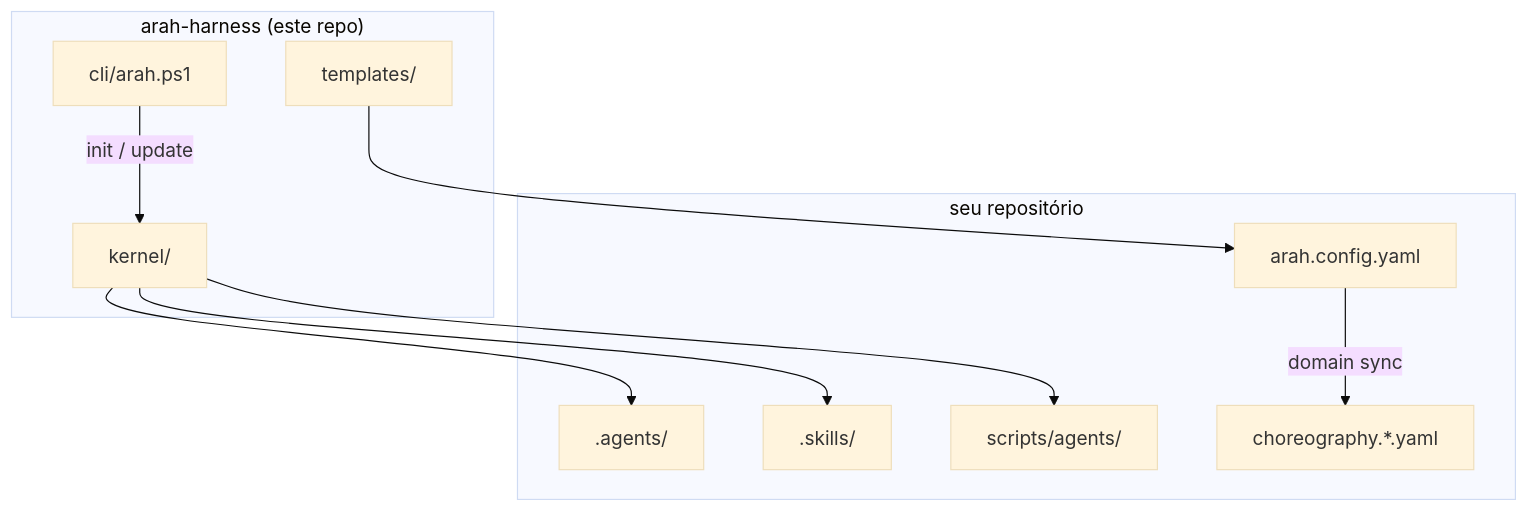
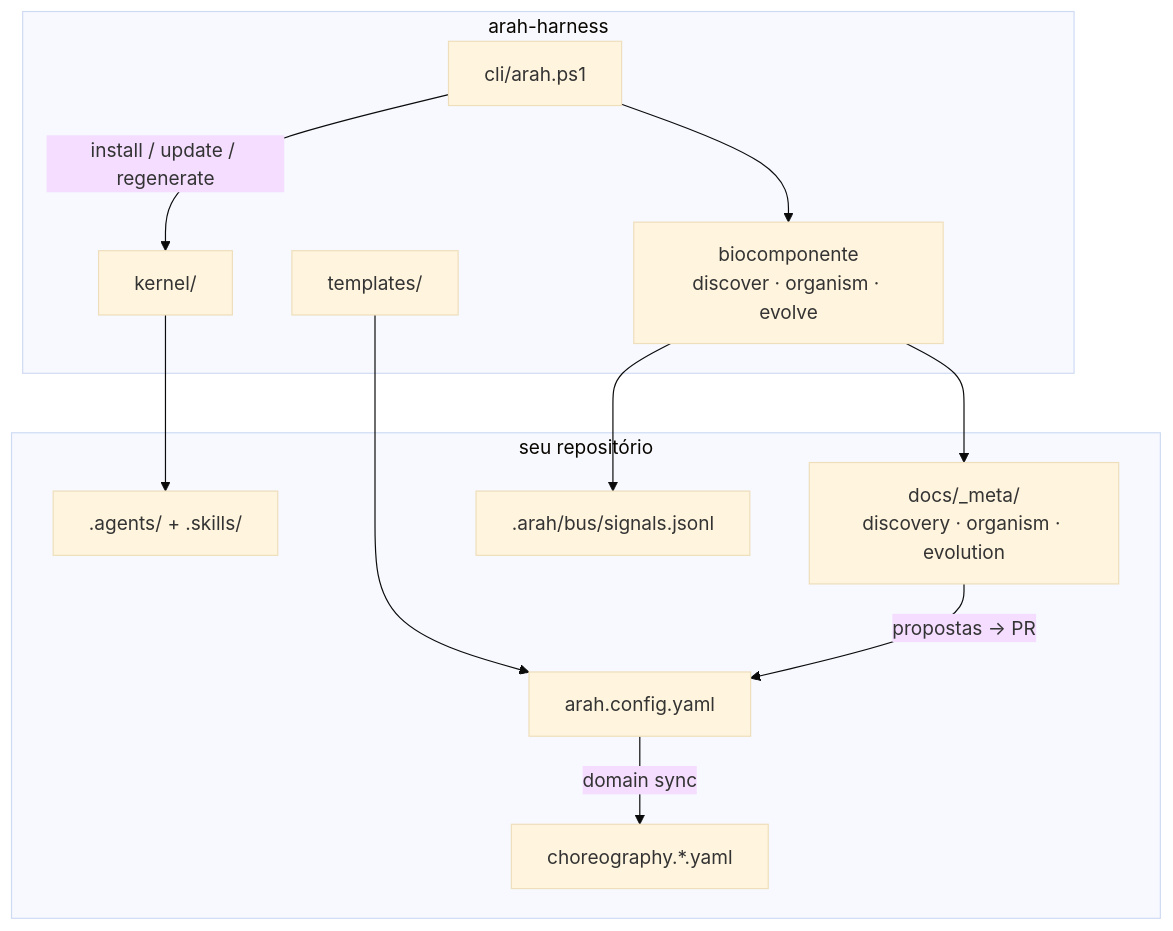
The diagram in README.md (sraphaz/arah-harness), drawn with Mermaid (base theme) before and after one commit. The commit also changed other lines of this file and 10 other files, not shown here.

````diff
--- a/README.md
+++ b/README.md
@@ -42,21 +103,24 @@
 ```mermaid
 flowchart TB
-  subgraph harness["arah-harness (este repo)"]
-    CLI[cli/arah.ps1]
-    KERNEL[kernel/]
-    TPL[templates/]
+  subgraph harness["arah-harness"]
+    CLI["cli/arah.ps1"]
+    KERNEL["kernel/"]
+    TPL["templates/"]
+    BIO["biocomponente<br/>discover · organism · evolve"]
   end
   subgraph target["seu repositório"]
-    CFG[arah.config.yaml]
-    AGENTS[.agents/]
-    SKILLS[.skills/]
-    SCRIPTS[scripts/agents/]
-    OVERLAY[choreography.*.yaml]
+    CFG["arah.config.yaml"]
+    AGENTS[".agents/ + .skills/"]
+    META["docs/_meta/<br/>discovery · organism · evolution"]
+    BUS[".arah/bus/signals.jsonl"]
+    OVERLAY["choreography.*.yaml"]
   end
-  CLI -->|init / update| KERNEL
+  CLI -->|install / update / regenerate| KERNEL
+  CLI --> BIO
   KERNEL --> AGENTS
-  KERNEL --> SKILLS
-  KERNEL --> SCRIPTS
   TPL --> CFG
+  BIO --> META
+  BIO --> BUS
   CFG -->|domain sync| OVERLAY
+  META -->|propostas → PR| CFG
 ```
````
